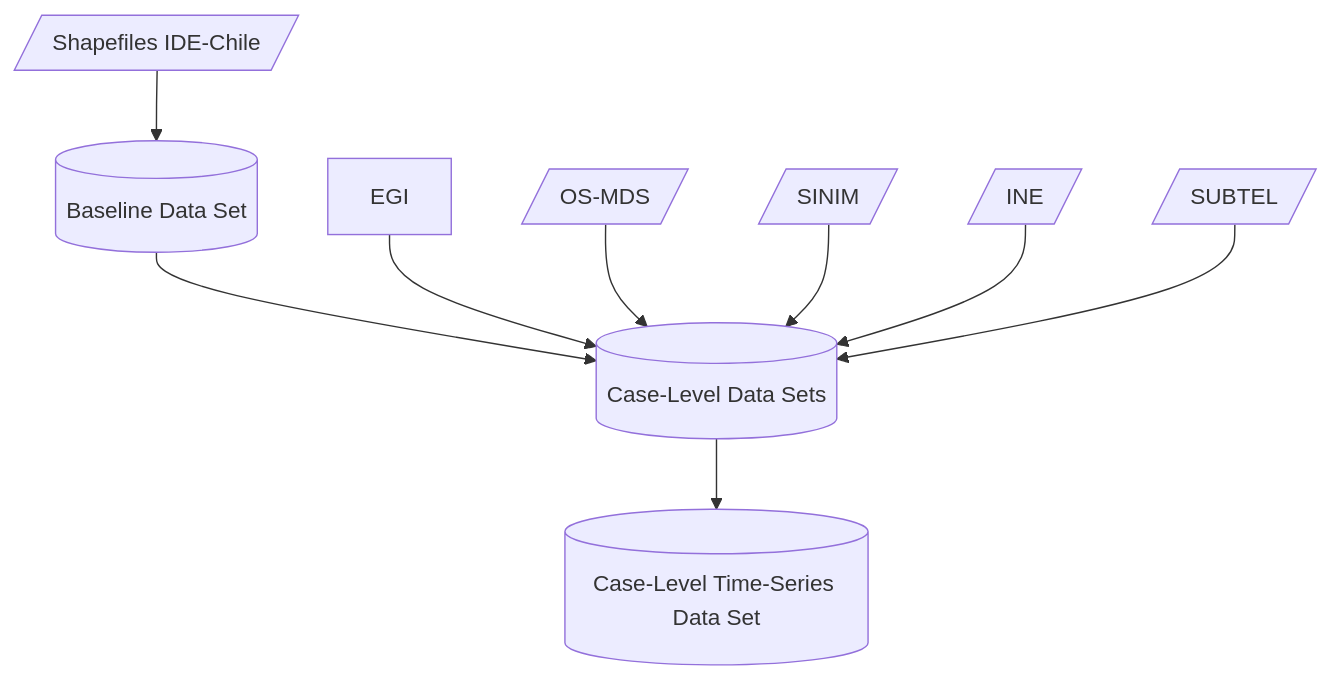
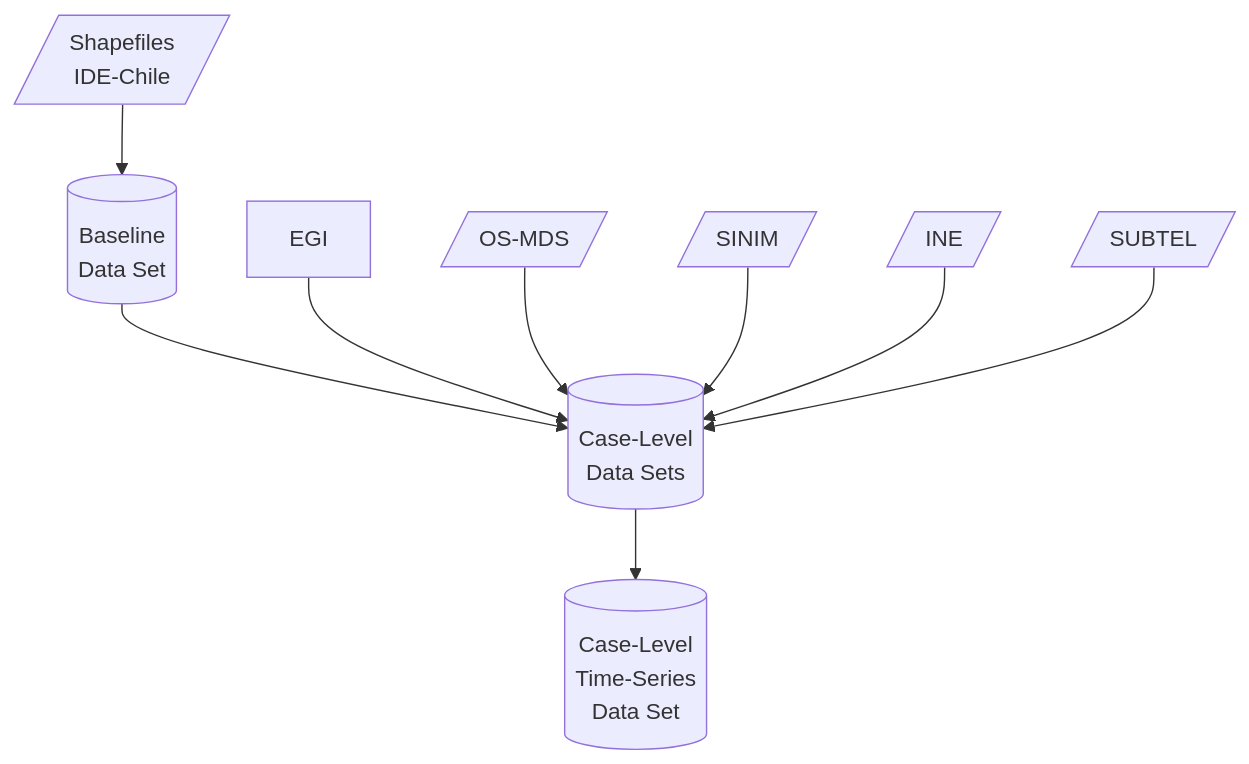
Before and after one commit to bgonzalezbustamante/local-gov-indicators: the diagram in README.md, drawn with Mermaid.

````diff
--- a/README.md
+++ b/README.md
@@ -14,11 +14,11 @@
 ```mermaid
   graph TD;
-      A[/Shapefiles IDE-Chile/] --> B[(Baseline Data Set)];
-      B --> C[(Case-Level Data Sets)];
+      A[/Shapefiles<br/>IDE-Chile/] --> B[(Baseline<br/>Data Set)];
+      B --> C[(Case-Level<br/>Data Sets)];
       D[EGI] --> C;
       E[/OS-MDS/] --> C;
       F[/SINIM/] --> C;
       G[/INE/] --> C;
       H[/SUBTEL/] --> C;
-      C --> I[(Case-Level Time-Series Data Set)];
+      C --> I[(Case-Level<br/>Time-Series<br/>Data Set)];
 ```
````
